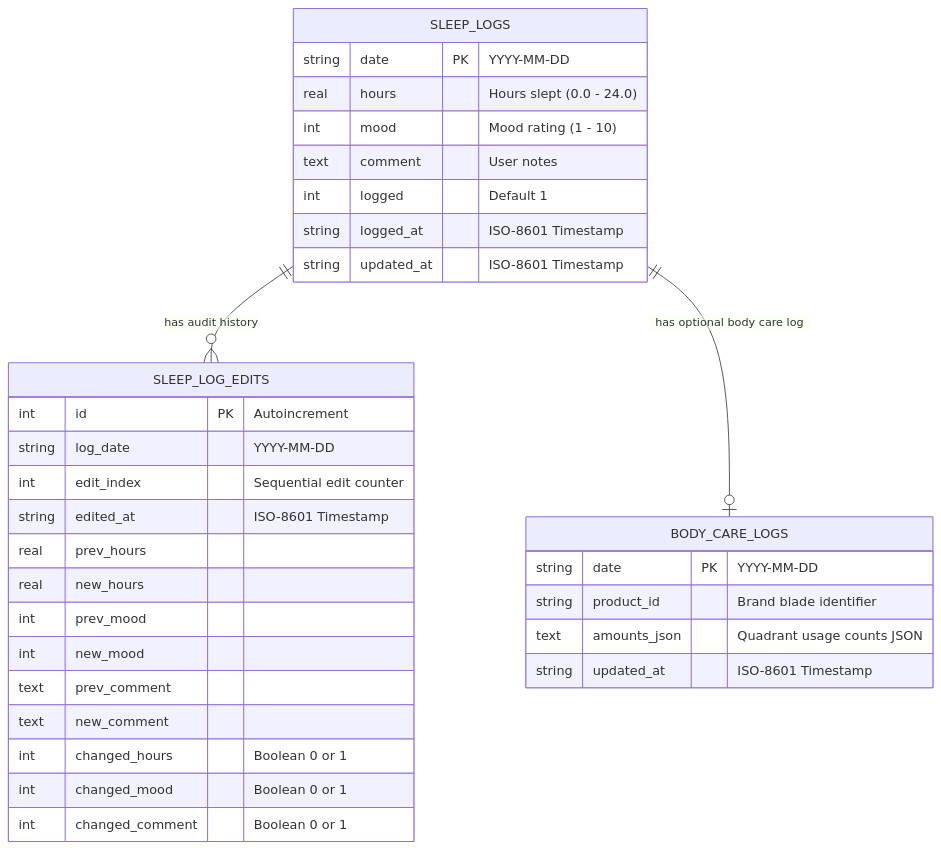
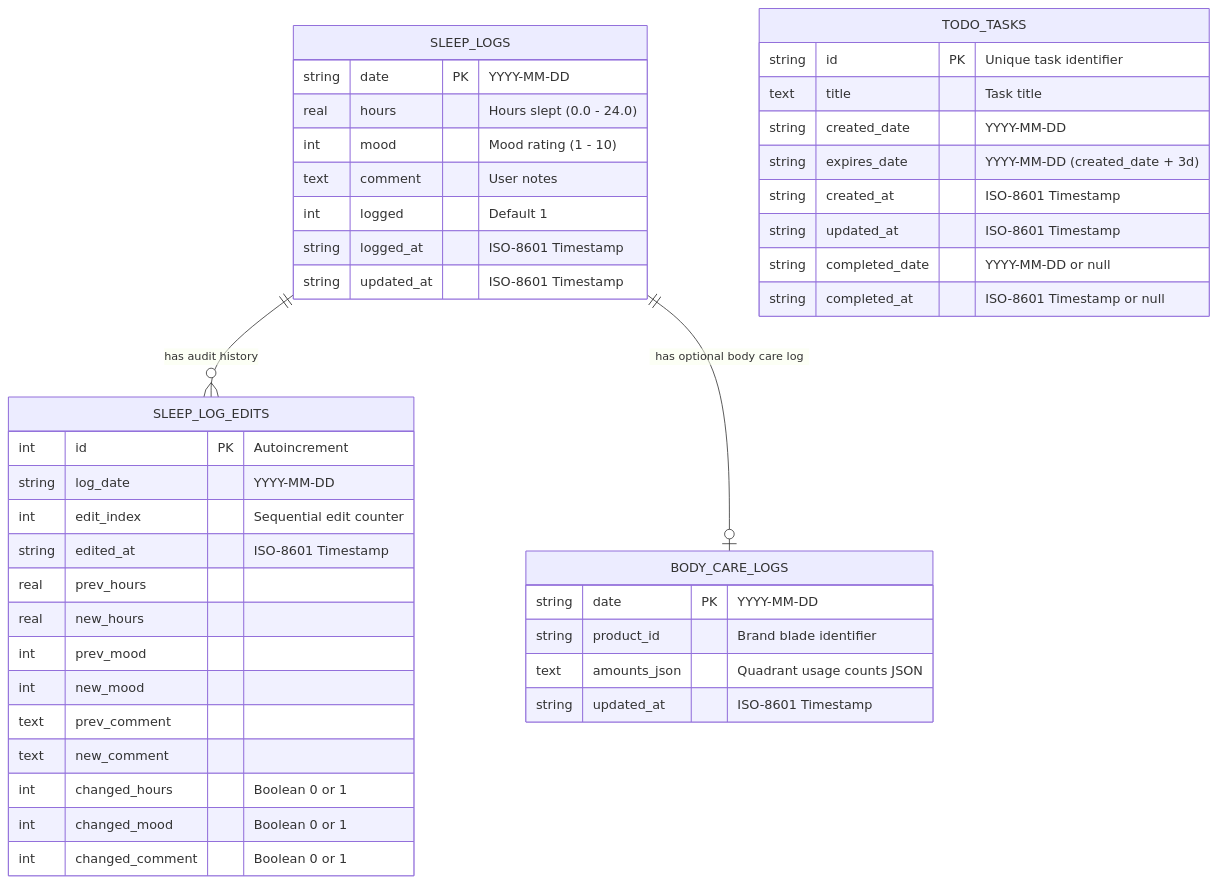
Before and after one commit to kvvzie/simple-sleep-journal: the first of 2 diagrams in DOCS.md, drawn with Mermaid. The commit also changed other lines of this file and 38 other files, not shown here.

Commit message:
fixed animations, bugs, changed how some components work, added a todo component in the sleep modal and created a new for now empty view

````diff
--- a/DOCS.md
+++ b/DOCS.md
@@ -78,36 +79,46 @@
 ```mermaid
 erDiagram
     SLEEP_LOGS {
         string date PK "YYYY-MM-DD"
         real hours "Hours slept (0.0 - 24.0)"
         int mood "Mood rating (1 - 10)"
         text comment "User notes"
         int logged "Default 1"
         string logged_at "ISO-8601 Timestamp"
         string updated_at "ISO-8601 Timestamp"
     }
     SLEEP_LOG_EDITS {
         int id PK "Autoincrement"
         string log_date "YYYY-MM-DD"
         int edit_index "Sequential edit counter"
         string edited_at "ISO-8601 Timestamp"
         real prev_hours
         real new_hours
         int prev_mood
         int new_mood
         text prev_comment
         text new_comment
         int changed_hours "Boolean 0 or 1"
         int changed_mood "Boolean 0 or 1"
         int changed_comment "Boolean 0 or 1"
     }
     BODY_CARE_LOGS {
         string date PK "YYYY-MM-DD"
         string product_id "Brand blade identifier"
         text amounts_json "Quadrant usage counts JSON"
         string updated_at "ISO-8601 Timestamp"
     }
+    TODO_TASKS {
+        string id PK "Unique task identifier"
+        text title "Task title"
+        string created_date "YYYY-MM-DD"
+        string expires_date "YYYY-MM-DD (created_date + 3d)"
+        string created_at "ISO-8601 Timestamp"
+        string updated_at "ISO-8601 Timestamp"
+        string completed_date "YYYY-MM-DD or null"
+        string completed_at "ISO-8601 Timestamp or null"
+    }
 
     SLEEP_LOGS ||--o{ SLEEP_LOG_EDITS : "has audit history"
     SLEEP_LOGS ||--o| BODY_CARE_LOGS : "has optional body care log"
 ```
````
